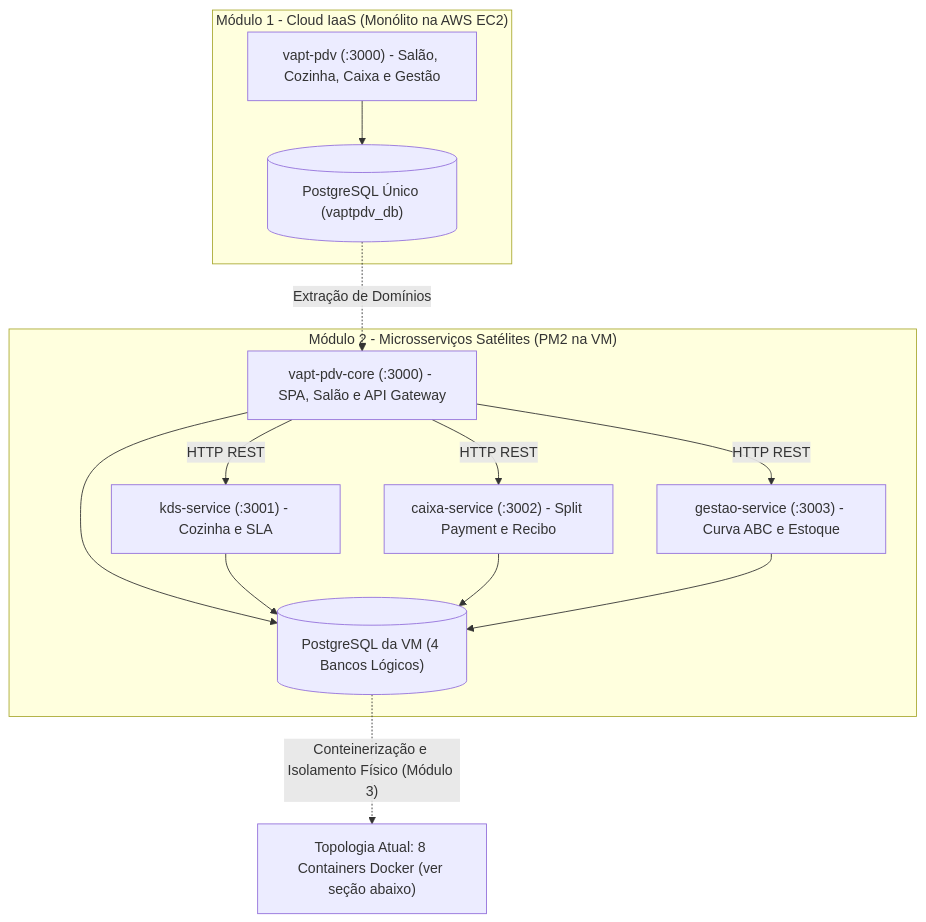
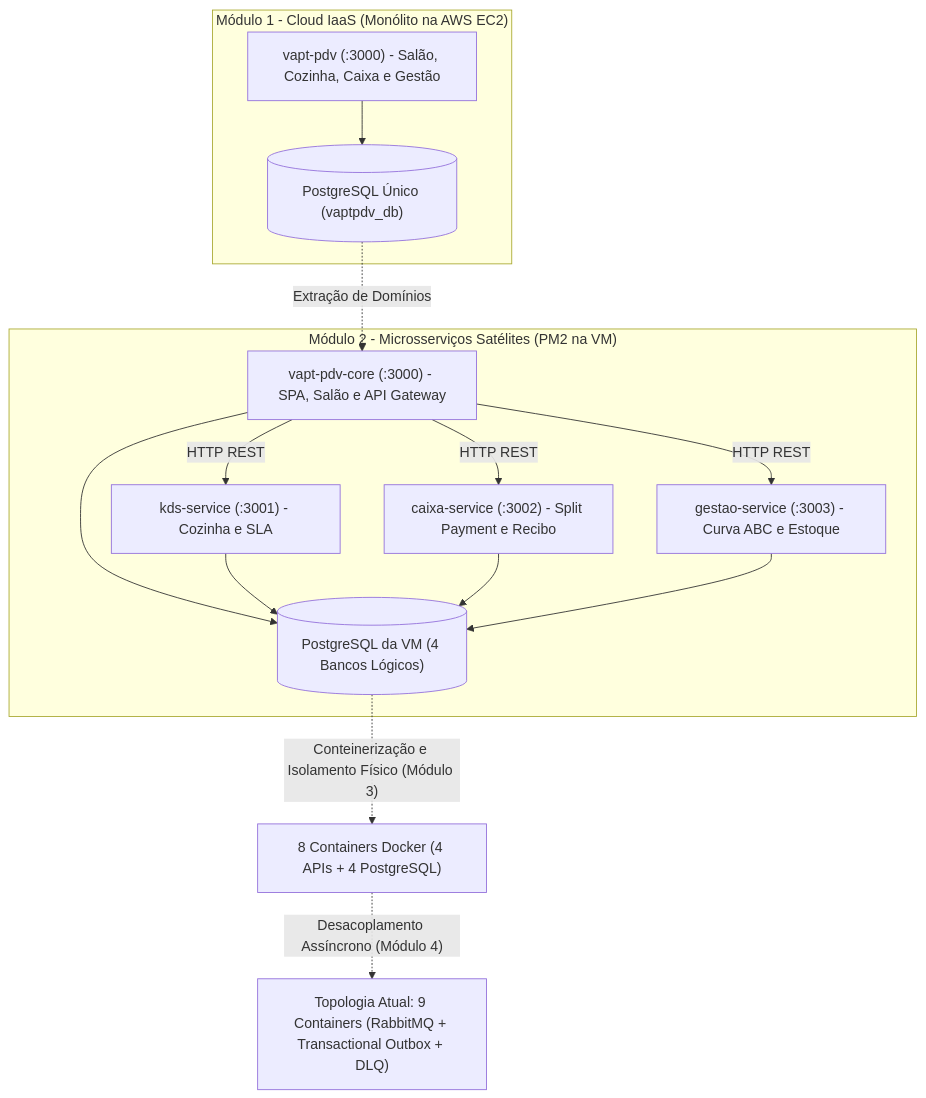
The first of 2 diagrams in README.md (kaiofranca/vapt-pdv), drawn with Mermaid before and after one commit. The commit also changed other lines of this file, not shown here.

Commit message:
docs(readme): documenta topologia de 9 containers, RabbitMQ/Outbox e comparativo com Kafka/Redpanda

````diff
--- a/README.md
+++ b/README.md
@@ -85,27 +89,28 @@
 ```mermaid
 flowchart TD
     subgraph M1["Módulo 1 - Cloud IaaS (Monólito na AWS EC2)"]
         M1_Core["vapt-pdv (:3000) - Salão, Cozinha, Caixa e Gestão"]
         M1_DB[("PostgreSQL Único (vaptpdv_db)")]
         M1_Core --> M1_DB
     end
 
     subgraph M2["Módulo 2 - Microsserviços Satélites (PM2 na VM)"]
         M2_Core["vapt-pdv-core (:3000) - SPA, Salão e API Gateway"]
         M2_KDS["kds-service (:3001) - Cozinha e SLA"]
         M2_Caixa["caixa-service (:3002) - Split Payment e Recibo"]
         M2_Gestao["gestao-service (:3003) - Curva ABC e Estoque"]
         M2_DB[("PostgreSQL da VM (4 Bancos Lógicos)")]
 
         M2_Core -->|HTTP REST| M2_KDS
         M2_Core -->|HTTP REST| M2_Caixa
         M2_Core -->|HTTP REST| M2_Gestao
         M2_Core --> M2_DB
         M2_KDS --> M2_DB
         M2_Caixa --> M2_DB
         M2_Gestao --> M2_DB
     end
 
     M1_DB -.->|"Extração de Domínios"| M2_Core
-    M2_DB -.->|"Conteinerização e Isolamento Físico (Módulo 3)"| M3_Ref["Topologia Atual: 8 Containers Docker (ver seção abaixo)"]
+    M2_DB -.->|"Conteinerização e Isolamento Físico (Módulo 3)"| M3_Ref["8 Containers Docker (4 APIs + 4 PostgreSQL)"]
+    M3_Ref -.->|"Desacoplamento Assíncrono (Módulo 4)"| M4_Ref["Topologia Atual: 9 Containers (RabbitMQ + Transactional Outbox + DLQ)"]
 ```
````
